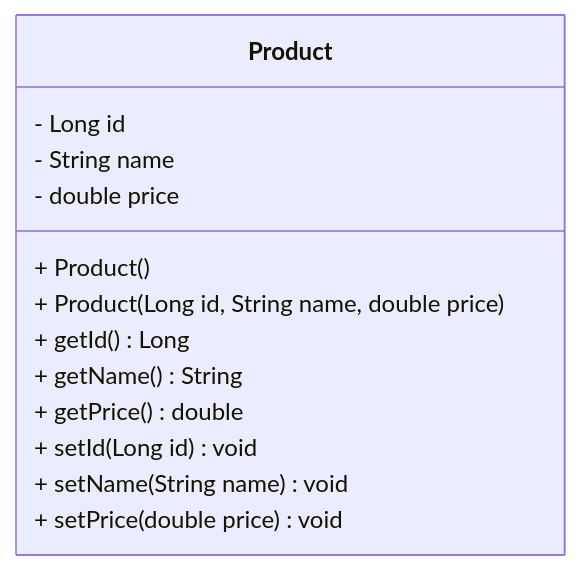
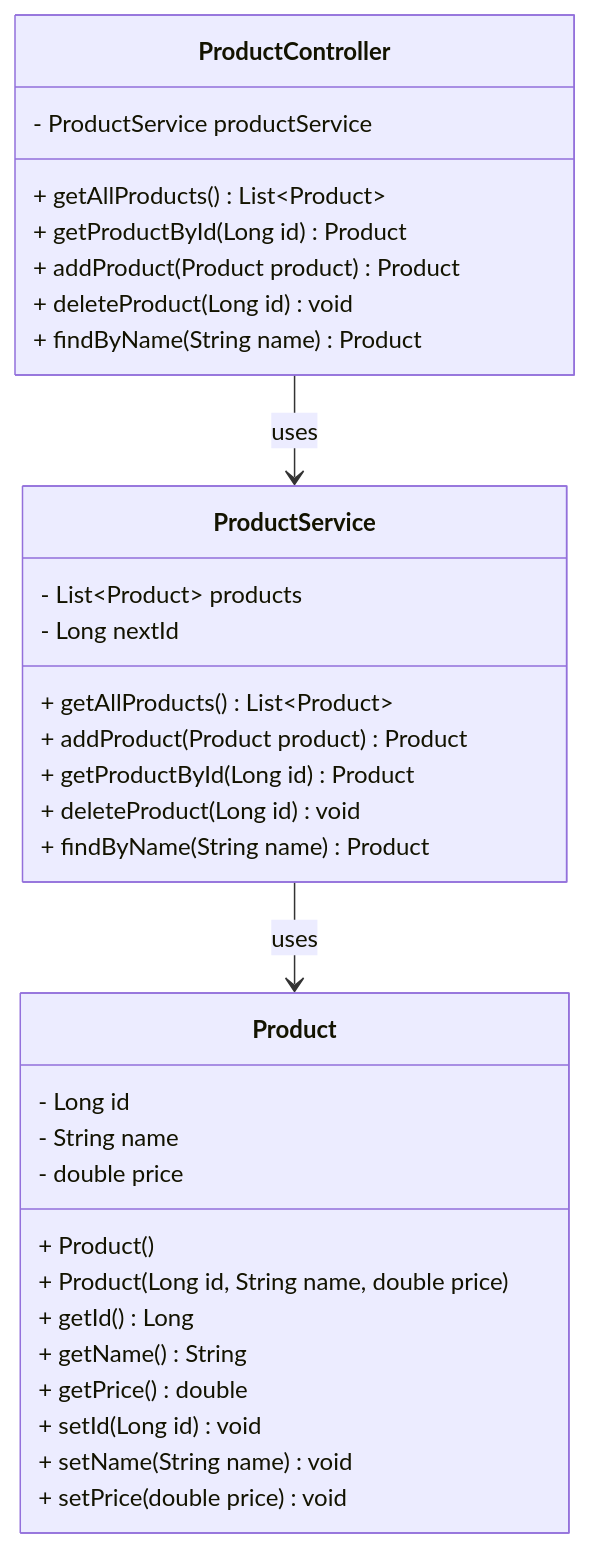
One commit to avatar-terminator/product-api changed the diagram in docs/uml/Product.mermaid. Above: the diagram before and after it, drawn with Mermaid. The commit also changed 2 other files, not shown here.

Commit message:
"Tutorial 3: ProductService with List - four CRUD endpoints working. Class diagrams for Controller and Service classes.

```diff
--- a/docs/uml/Product.mermaid
+++ b/docs/uml/Product.mermaid
@@ -1,14 +1,37 @@
 classDiagram
     class Product {
         - Long id
         - String name
         - double price
         + Product()
         + Product(Long id, String name, double price)
         + getId() Long
         + getName() String
         + getPrice() double
         + setId(Long id) void
         + setName(String name) void
         + setPrice(double price) void
     }
+
+    class ProductService {
+        - List~Product~ products
+        - Long nextId
+        + getAllProducts() List~Product~
+        + addProduct(Product product) Product
+        + getProductById(Long id) Product
+        + deleteProduct(Long id) void
+        + findByName(String name) Product
+    }
+
+    class ProductController {
+        - ProductService productService
+        + getAllProducts() List~Product~
+        + getProductById(Long id) Product
+        + addProduct(Product product) Product
+        + deleteProduct(Long id) void
+        + findByName(String name) Product
+    }
+
+
+    ProductController --> ProductService : uses
+    ProductService --> Product : uses
```
